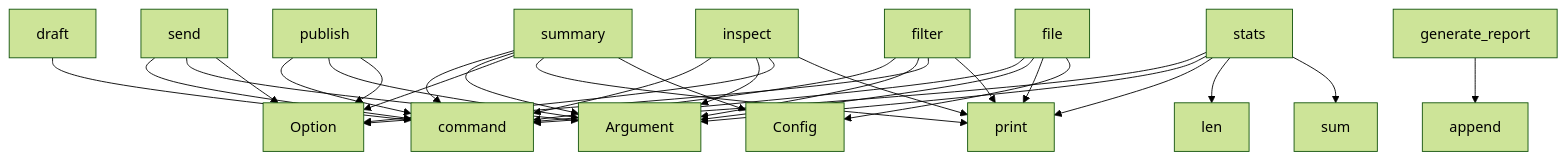
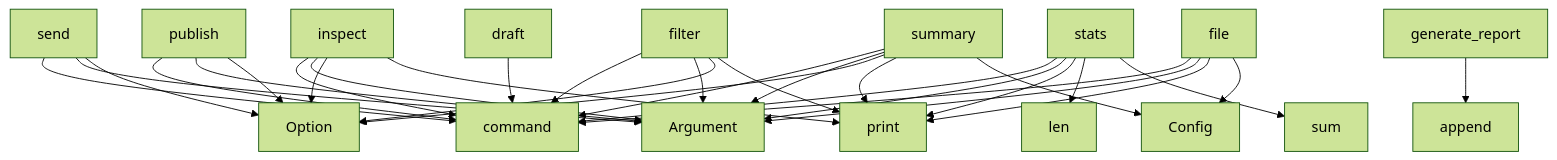
Before and after one commit to semcod/tagi: the diagram in project/context.md, drawn with Mermaid (forest theme). The commit also changed other lines of this file and 31 other files, not shown here.

````diff
--- a/project/context.md
+++ b/project/context.md
@@ -486,33 +506,33 @@
 ```mermaid
 graph TD
-    summary --> command
-    summary --> Argument
-    summary --> Option
-    summary --> print
-    summary --> Config
     send --> command
     send --> Argument
     send --> Option
     publish --> command
     publish --> Argument
     publish --> Option
     stats --> command
     stats --> Argument
     stats --> print
     stats --> len
     stats --> sum
     inspect --> command
     inspect --> Argument
     inspect --> Option
     inspect --> print
     filter --> command
     filter --> Argument
     filter --> Option
     filter --> print
+    summary --> command
+    summary --> Argument
+    summary --> Option
+    summary --> print
+    summary --> Config
     file --> command
     file --> Argument
     file --> print
     file --> Config
     generate_report --> append
     draft --> command
 ```
````
